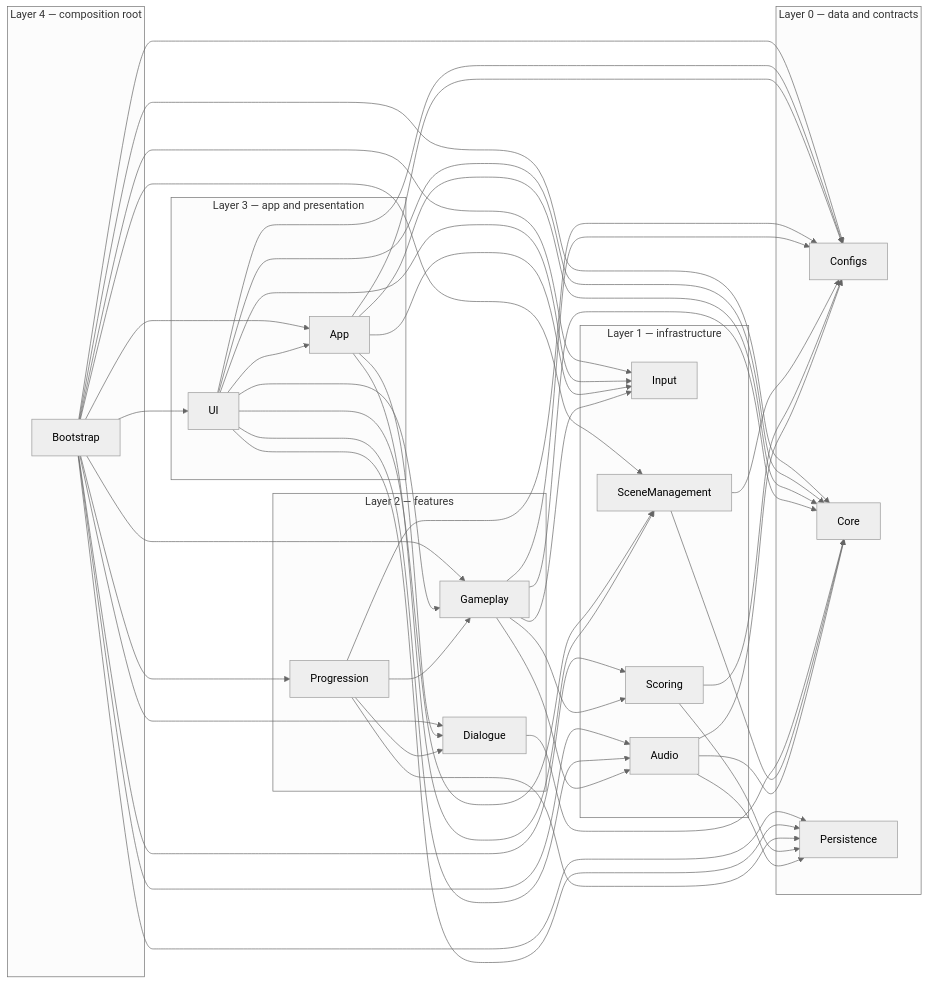
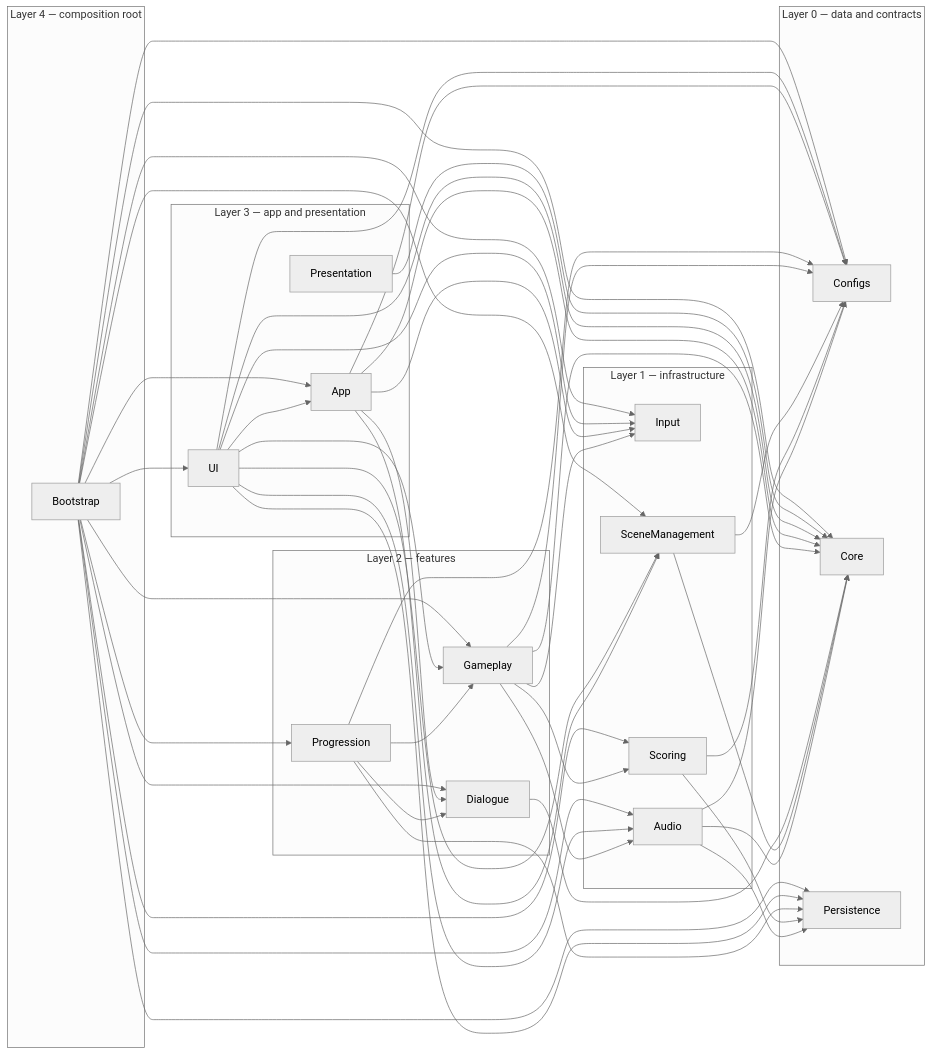
One commit to ruslanguba/DreamVille changed the diagram in README.md. Above: the diagram before and after it, drawn with Mermaid (neutral theme). The commit also changed other lines of this file and 2 other files, not shown here.

Commit message:
docs: player composition, Presentation assembly, Unity 6.3 and 189 tests

````diff
--- a/README.md
+++ b/README.md
@@ -52,73 +60,75 @@
 ```mermaid
 graph LR
     subgraph L0["Layer 0 — data and contracts"]
         Configs[Configs]
         Core[Core]
         Persistence[Persistence]
     end
 
     subgraph L1["Layer 1 — infrastructure"]
         Input[Input]
         Audio[Audio]
         Scoring[Scoring]
         SceneManagement[SceneManagement]
     end
 
     subgraph L2["Layer 2 — features"]
         Gameplay[Gameplay]
         Dialogue[Dialogue]
         Progression[Progression]
     end
 
     subgraph L3["Layer 3 — app and presentation"]
         App[App]
         UI[UI]
+        Presentation[Presentation]
     end
 
     subgraph L4["Layer 4 — composition root"]
         Bootstrap[Bootstrap]
     end
 
     Audio --> Configs
     Audio --> Core
     Audio --> Persistence
     Scoring --> Configs
     Scoring --> Persistence
     SceneManagement --> Core
     SceneManagement --> Configs
     Dialogue --> Core
     Gameplay --> Audio
     Gameplay --> Configs
     Gameplay --> Core
     Gameplay --> Input
     Gameplay --> Scoring
     Progression --> Configs
     Progression --> Dialogue
     Progression --> Gameplay
     Progression --> Persistence
     App --> Configs
     App --> Core
     App --> Dialogue
     App --> Input
     App --> SceneManagement
     UI --> App
     UI --> Audio
     UI --> Configs
     UI --> Core
     UI --> Gameplay
     UI --> Input
     UI --> Persistence
     UI --> SceneManagement
+    Presentation --> Core
     Bootstrap --> App
     Bootstrap --> Audio
     Bootstrap --> Configs
     Bootstrap --> Core
     Bootstrap --> Dialogue
     Bootstrap --> Gameplay
     Bootstrap --> Input
     Bootstrap --> Persistence
     Bootstrap --> Progression
     Bootstrap --> SceneManagement
     Bootstrap --> Scoring
     Bootstrap --> UI
 ```
````
